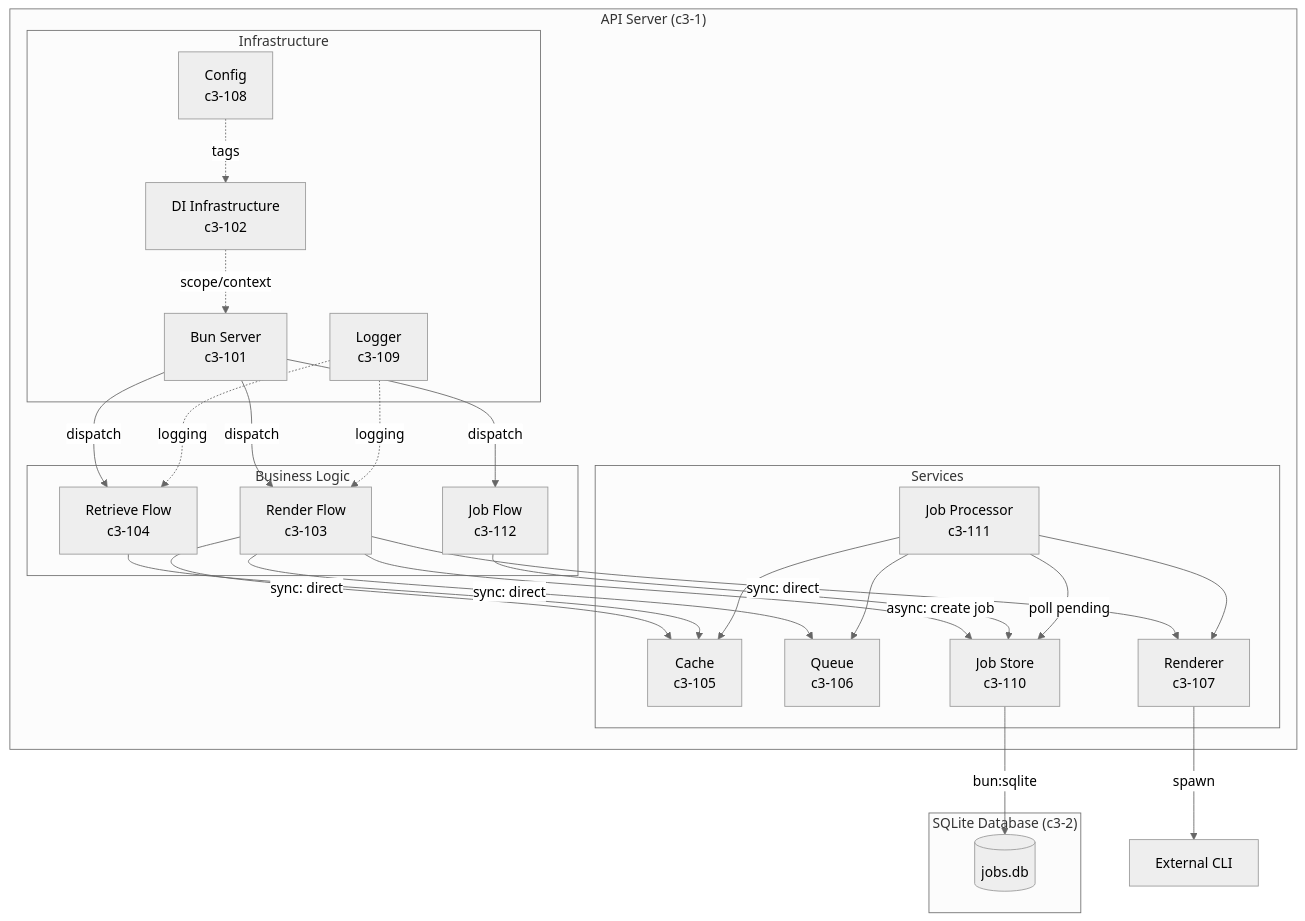
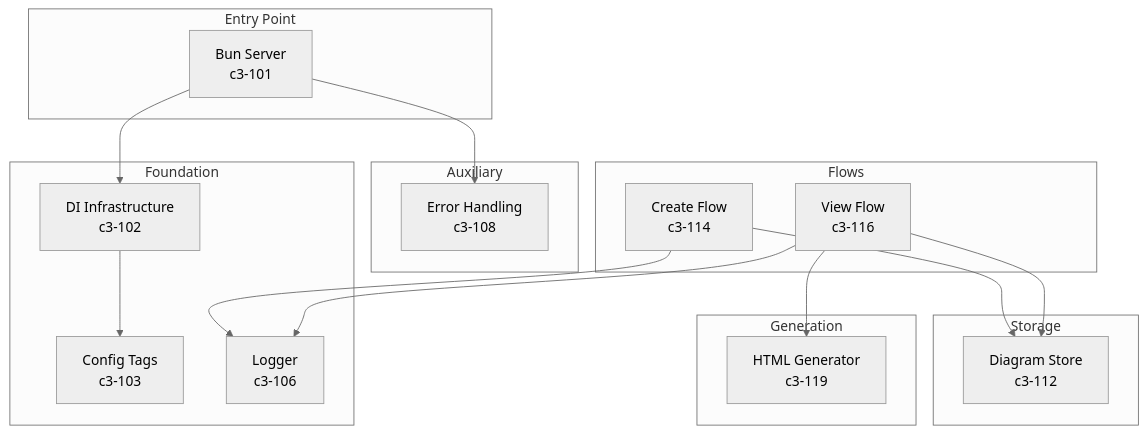
The first of 2 diagrams in .c3/c3-1-api-server/README.md (lagz0ne/diashort), drawn with Mermaid (neutral theme) before and after one commit. The commit also changed other lines of this file and 74 other files, not shown here.

First line of the commit message:
feat: migrate to client-side Mermaid + server-side D2 rendering

````diff
--- a/.c3/c3-1-api-server/README.md
+++ b/.c3/c3-1-api-server/README.md
@@ -72,49 +18,40 @@
 ```mermaid
-flowchart TD
-    subgraph API["API Server (c3-1)"]
-        subgraph Infra["Infrastructure"]
-            Server["Bun Server<br/>c3-101"]
-            DI["DI Infrastructure<br/>c3-102"]
-            Config["Config<br/>c3-108"]
-            Logger["Logger<br/>c3-109"]
-        end
-
-        subgraph Business["Business Logic"]
-            RenderFlow["Render Flow<br/>c3-103"]
-            RetrieveFlow["Retrieve Flow<br/>c3-104"]
-            JobFlow["Job Flow<br/>c3-112"]
-        end
-
-        subgraph Services["Services"]
-            Cache["Cache<br/>c3-105"]
-            Queue["Queue<br/>c3-106"]
-            Renderer["Renderer<br/>c3-107"]
-            JobStore["Job Store<br/>c3-110"]
-            JobProcessor["Job Processor<br/>c3-111"]
-        end
+flowchart TB
+    subgraph Entry["Entry Point"]
+        Server["Bun Server<br/>c3-101"]
     end
 
-    subgraph c3-2["SQLite Database (c3-2)"]
-        SQLite[(jobs.db)]
+    subgraph Foundation["Foundation"]
+        DI["DI Infrastructure<br/>c3-102"]
+        Config["Config Tags<br/>c3-103"]
+        Logger["Logger<br/>c3-106"]
     end
 
-    Server -->|dispatch| RenderFlow
-    Server -->|dispatch| RetrieveFlow
-    Server -->|dispatch| JobFlow
-    DI -.->|scope/context| Server
-    RenderFlow -->|async: create job| JobStore
-    RenderFlow -->|sync: direct| Queue
-    RenderFlow -->|sync: direct| Renderer
-    RenderFlow -->|sync: direct| Cache
-    JobFlow --> JobStore
-    RetrieveFlow --> Cache
-    JobProcessor -->|poll pending| JobStore
-    JobProcessor --> Queue
-    JobProcessor --> Renderer
-    JobProcessor --> Cache
-    JobStore -->|bun:sqlite| SQLite
-    Renderer -->|spawn| ExtCLI["External CLI"]
-    Config -.->|tags| DI
-    Logger -.->|logging| RenderFlow
-    Logger -.->|logging| RetrieveFlow
+    subgraph Auxiliary["Auxiliary"]
+        ErrorMap["Error Handling<br/>c3-108"]
+    end
+
+    subgraph Storage["Storage"]
+        DiagramStore["Diagram Store<br/>c3-112"]
+    end
+
+    subgraph Generation["Generation"]
+        HTMLGen["HTML Generator<br/>c3-119"]
+    end
+
+    subgraph Flows["Flows"]
+        CreateFlow["Create Flow<br/>c3-114"]
+        ViewFlow["View Flow<br/>c3-116"]
+    end
+
+    Server --> DI
+    Server --> ErrorMap
+    DI --> Config
+
+    CreateFlow --> DiagramStore
+    CreateFlow --> Logger
+
+    ViewFlow --> DiagramStore
+    ViewFlow --> HTMLGen
+    ViewFlow --> Logger
 ```
````
